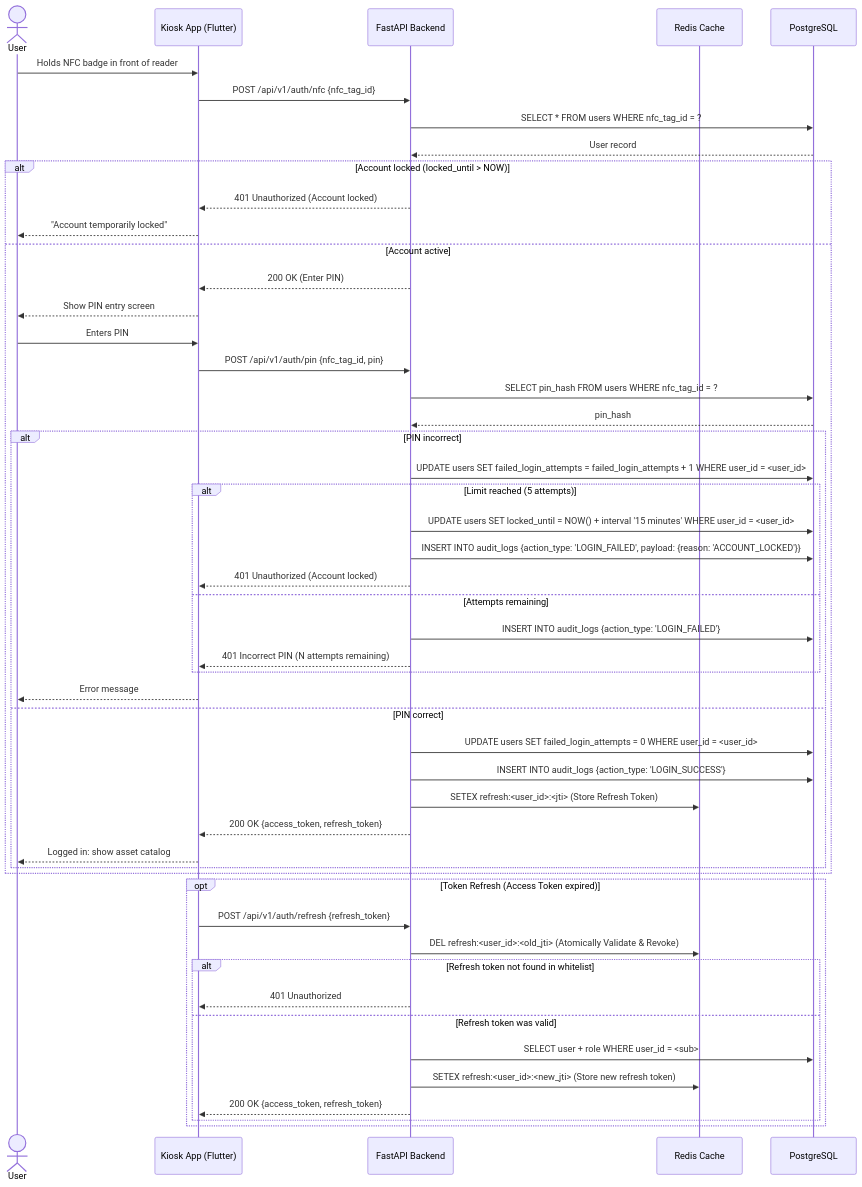
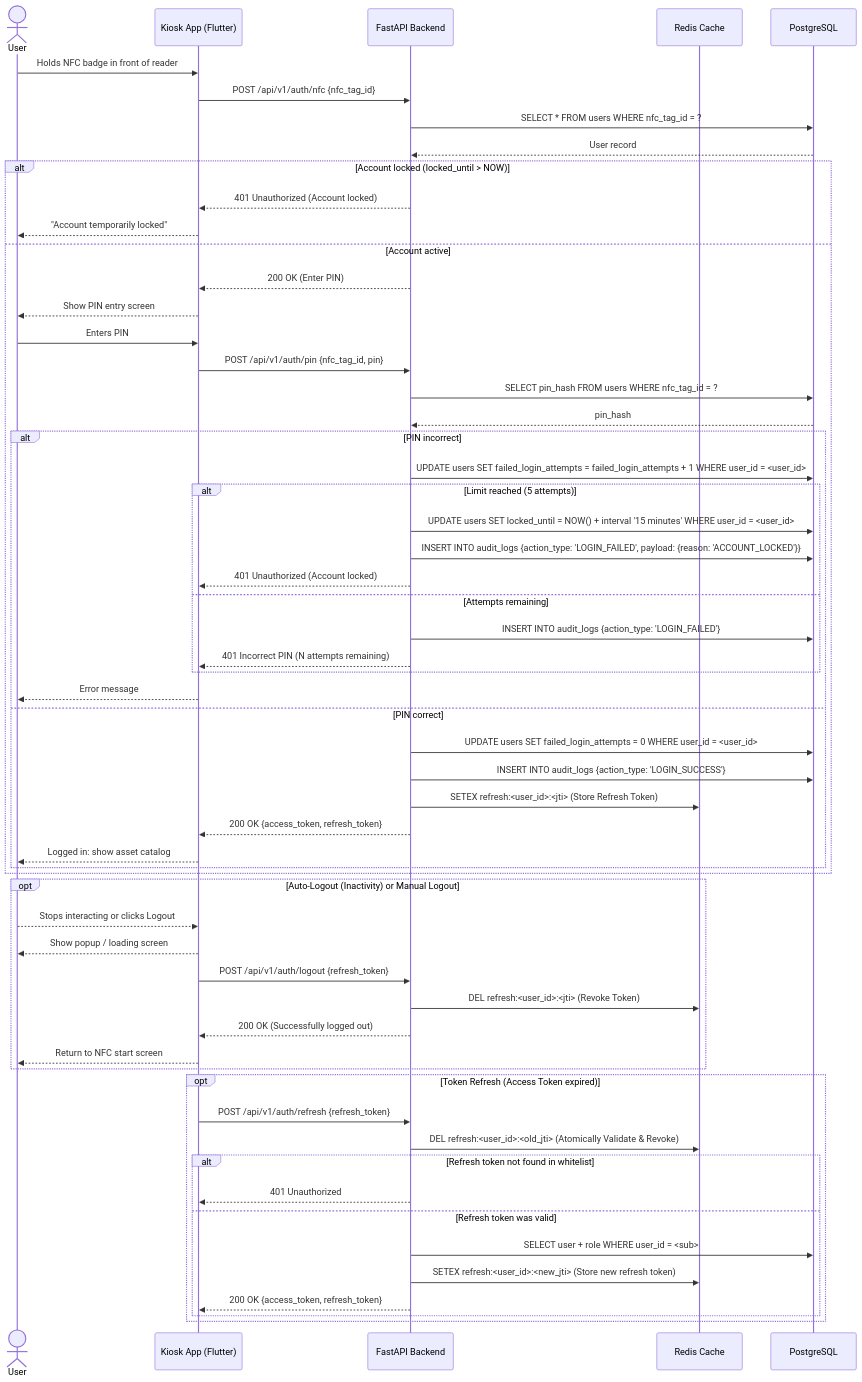
The diagram in docs/architecture/04_zero_trust.md (easylend-practice-enterprise/easylend), drawn with Mermaid before and after one commit. The commit also changed 9 other files, not shown here.

````diff
--- a/docs/architecture/04_zero_trust.md
+++ b/docs/architecture/04_zero_trust.md
@@ -16,57 +16,66 @@
 ```mermaid
 sequenceDiagram
     actor User as User
     participant App as Kiosk App (Flutter)
     participant API as FastAPI Backend
     participant Redis as Redis Cache
     participant DB as PostgreSQL
 
     User->>App: Holds NFC badge in front of reader
     App->>API: POST /api/v1/auth/nfc {nfc_tag_id}
     API->>DB: SELECT * FROM users WHERE nfc_tag_id = ?
     DB-->>API: User record
 
     alt Account locked (locked_until > NOW)
         API-->>App: 401 Unauthorized (Account locked)
         App-->>User: "Account temporarily locked"
     else Account active
         API-->>App: 200 OK (Enter PIN)
         App-->>User: Show PIN entry screen
         User->>App: Enters PIN
         App->>API: POST /api/v1/auth/pin {nfc_tag_id, pin}
         API->>DB: SELECT pin_hash FROM users WHERE nfc_tag_id = ?
         DB-->>API: pin_hash
 
         alt PIN incorrect
             API->>DB: UPDATE users SET failed_login_attempts = failed_login_attempts + 1 WHERE user_id = <user_id>
             alt Limit reached (5 attempts)
                 API->>DB: UPDATE users SET locked_until = NOW() + interval '15 minutes' WHERE user_id = <user_id>
                 API->>DB: INSERT INTO audit_logs {action_type: 'LOGIN_FAILED', payload: {reason: 'ACCOUNT_LOCKED'}}
                 API-->>App: 401 Unauthorized (Account locked)
             else Attempts remaining
                 API->>DB: INSERT INTO audit_logs {action_type: 'LOGIN_FAILED'}
                 API-->>App: 401 Incorrect PIN (N attempts remaining)
             end
             App-->>User: Error message
         else PIN correct
             API->>DB: UPDATE users SET failed_login_attempts = 0 WHERE user_id = <user_id>
             API->>DB: INSERT INTO audit_logs {action_type: 'LOGIN_SUCCESS'}
             API->>Redis: SETEX refresh:<user_id>:<jti> (Store Refresh Token)
             API-->>App: 200 OK {access_token, refresh_token}
             App-->>User: Logged in: show asset catalog
         end
     end
 
+    opt Auto-Logout (Inactivity) or Manual Logout
+        User-->>App: Stops interacting or clicks Logout
+        App-->>User: Show popup / loading screen
+        App->>API: POST /api/v1/auth/logout {refresh_token}
+        API->>Redis: DEL refresh:<user_id>:<jti> (Revoke Token)
+        API-->>App: 200 OK (Successfully logged out)
+        App-->>User: Return to NFC start screen
+    end
+
     opt Token Refresh (Access Token expired)
         App->>API: POST /api/v1/auth/refresh {refresh_token}
         API->>Redis: DEL refresh:<user_id>:<old_jti> (Atomically Validate & Revoke)
 
         alt Refresh token not found in whitelist
             API-->>App: 401 Unauthorized
         else Refresh token was valid
             API->>DB: SELECT user + role WHERE user_id = <sub>
             API->>Redis: SETEX refresh:<user_id>:<new_jti> (Store new refresh token)
             API-->>App: 200 OK {access_token, refresh_token}
         end
     end
 ```
````
